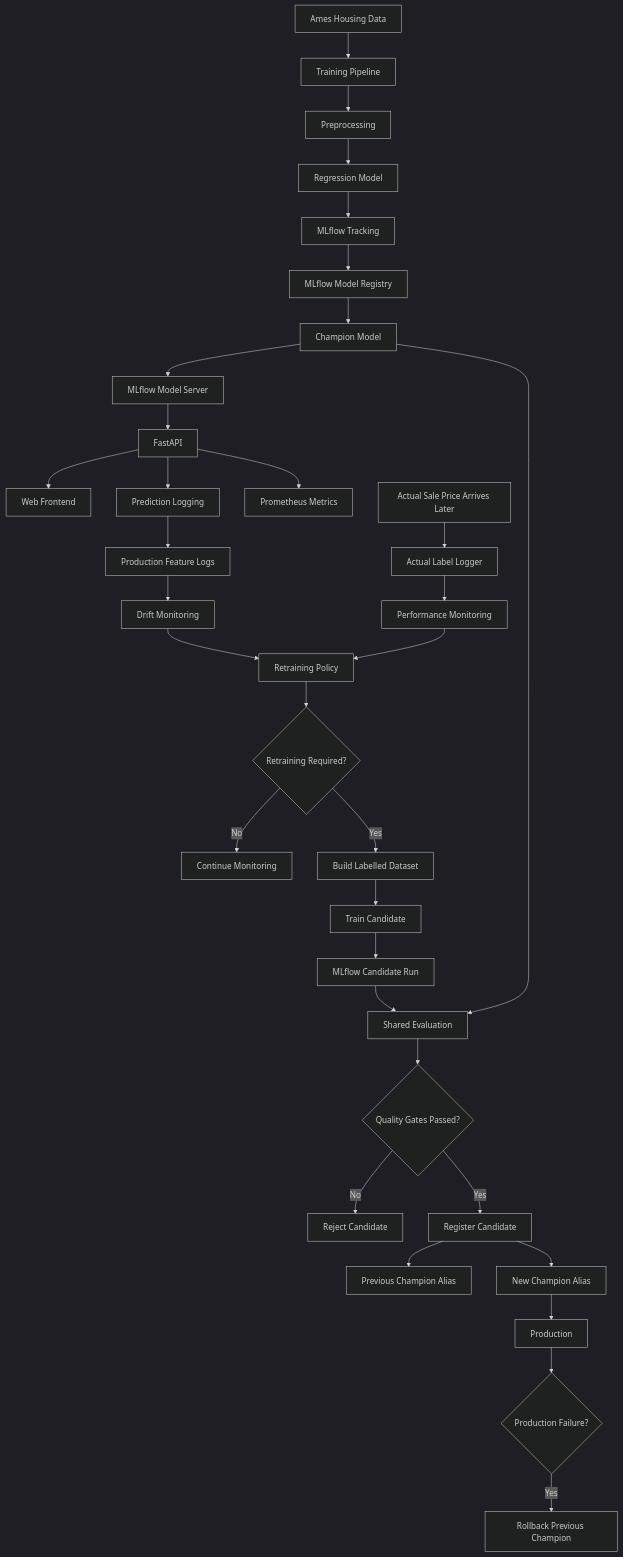
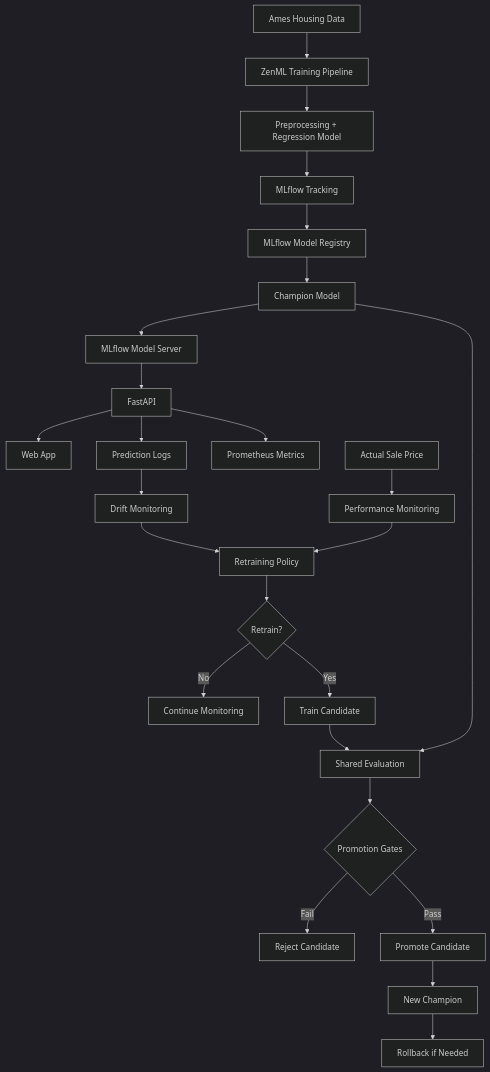
The diagram in README.md (htoor2026/End-To-End-ML-AWS-Simulated), drawn with Mermaid (dark theme) before and after one commit. The commit also changed other lines of this file, not shown here.

````diff
--- a/README.md
+++ b/README.md
@@ -85,54 +30,33 @@
 ```mermaid
 flowchart TD
+    A[Ames Housing Data] --> B[ZenML Training Pipeline]
+    B --> C[Preprocessing + Regression Model]
+    C --> D[MLflow Tracking]
+    D --> E[MLflow Model Registry]
+    E --> F[Champion Model]
+    F --> G[MLflow Model Server]
+    G --> H[FastAPI]
+    H --> I[Web App]
+    H --> J[Prediction Logs]
+    H --> K[Prometheus Metrics]
 
-    A[Ames Housing Data] --> B[Training Pipeline]
+    J --> L[Drift Monitoring]
+    M[Actual Sale Price] --> N[Performance Monitoring]
 
-    B --> C[Preprocessing]
-    C --> D[Regression Model]
+    L --> O[Retraining Policy]
+    N --> O
 
-    D --> E[MLflow Tracking]
-    E --> F[MLflow Model Registry]
+    O --> P{Retrain?}
+    P -- No --> Q[Continue Monitoring]
+    P -- Yes --> R[Train Candidate]
 
-    F --> G[Champion Model]
-    G --> H[MLflow Model Server]
+    R --> S[Shared Evaluation]
+    F --> S
 
-    H --> I[FastAPI]
+    S --> T{Promotion Gates}
+    T -- Fail --> U[Reject Candidate]
+    T -- Pass --> V[Promote Candidate]
 
-    I --> J[Web Frontend]
-    I --> K[Prediction Logging]
-    I --> L[Prometheus Metrics]
-
-    K --> M[Production Feature Logs]
-
-    N[Actual Sale Price Arrives Later] --> O[Actual Label Logger]
-
-    M --> P[Drift Monitoring]
-    O --> Q[Performance Monitoring]
-
-    P --> R[Retraining Policy]
-    Q --> R
-
-    R --> S{Retraining Required?}
-
-    S -- No --> T[Continue Monitoring]
-    S -- Yes --> U[Build Labelled Dataset]
-
-    U --> V[Train Candidate]
-    V --> W[MLflow Candidate Run]
-
-    W --> X[Shared Evaluation]
-    G --> X
-
-    X --> Y{Quality Gates Passed?}
-
-    Y -- No --> Z[Reject Candidate]
-    Y -- Yes --> AA[Register Candidate]
-
-    AA --> AB[Previous Champion Alias]
-    AA --> AC[New Champion Alias]
-
-    AC --> AD[Production]
-
-    AD --> AE{Production Failure?}
-    AE -- Yes --> AF[Rollback Previous Champion]
+    V --> W[New Champion]
+    W --> X[Rollback if Needed]
 ```
````
